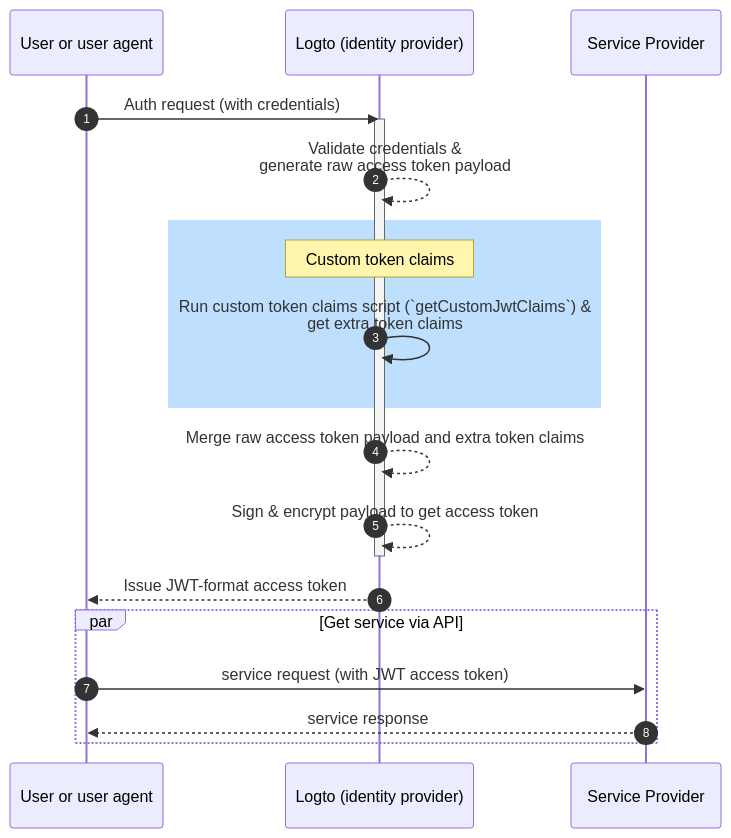
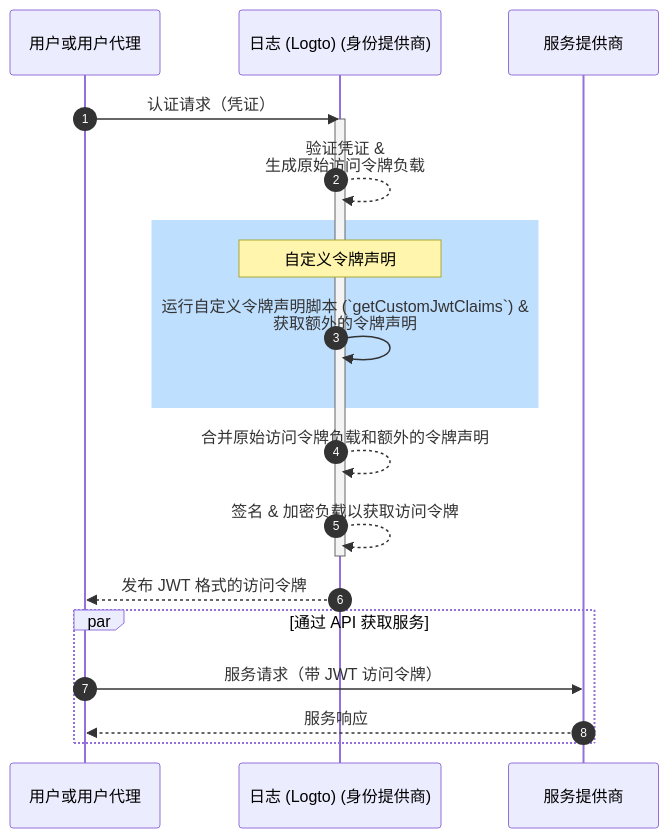
The diagram in i18n/zh-CN/docusaurus-plugin-content-docs/current/developers/custom-token-claims/README.mdx (logto-io/docs), drawn with Mermaid before and after one commit. The commit also changed other lines of this file and 449 other files, not shown here.

````diff
--- a/i18n/zh-CN/docusaurus-plugin-content-docs/current/developers/custom-token-claims/README.mdx
+++ b/i18n/zh-CN/docusaurus-plugin-content-docs/current/developers/custom-token-claims/README.mdx
@@ -24,23 +24,23 @@
 ```mermaid
 sequenceDiagram
-  participant U as User or user agent
-  participant IdP as Logto (identity provider)
-  participant SP as Service Provider
+  participant U as 用户或用户代理
+  participant IdP as 日志 (Logto) (身份提供商)
+  participant SP as 服务提供商
 
   autonumber
-  U ->> IdP: Auth request (with credentials)
+  U ->> IdP: 认证请求（凭证）
   activate IdP
-  IdP-->>IdP: Validate credentials &<br/>generate raw access token payload
+  IdP-->>IdP: 验证凭证 &<br/>生成原始访问令牌负载
   rect rgb(191, 223, 255)
-  note over IdP: Custom token claims
-  IdP->>IdP: Run custom token claims script (`getCustomJwtClaims`) &<br/>get extra token claims
+  note over IdP: 自定义令牌声明
+  IdP->>IdP: 运行自定义令牌声明脚本 (`getCustomJwtClaims`) &<br/>获取额外的令牌声明
   end
-  IdP-->>IdP: Merge raw access token payload and extra token claims
-  IdP-->>IdP: Sign & encrypt payload to get access token
+  IdP-->>IdP: 合并原始访问令牌负载和额外的令牌声明
+  IdP-->>IdP: 签名 & 加密负载以获取访问令牌
   deactivate IdP
-  IdP-->>U: Issue JWT-format access token
-  par Get service via API
-  U->>SP: service request (with JWT access token)
-  SP-->>U: service response
+  IdP-->>U: 发布 JWT 格式的访问令牌
+  par 通过 API 获取服务
+  U->>SP: 服务请求（带 JWT 访问令牌）
+  SP-->>U: 服务响应
   end
 ```
````
